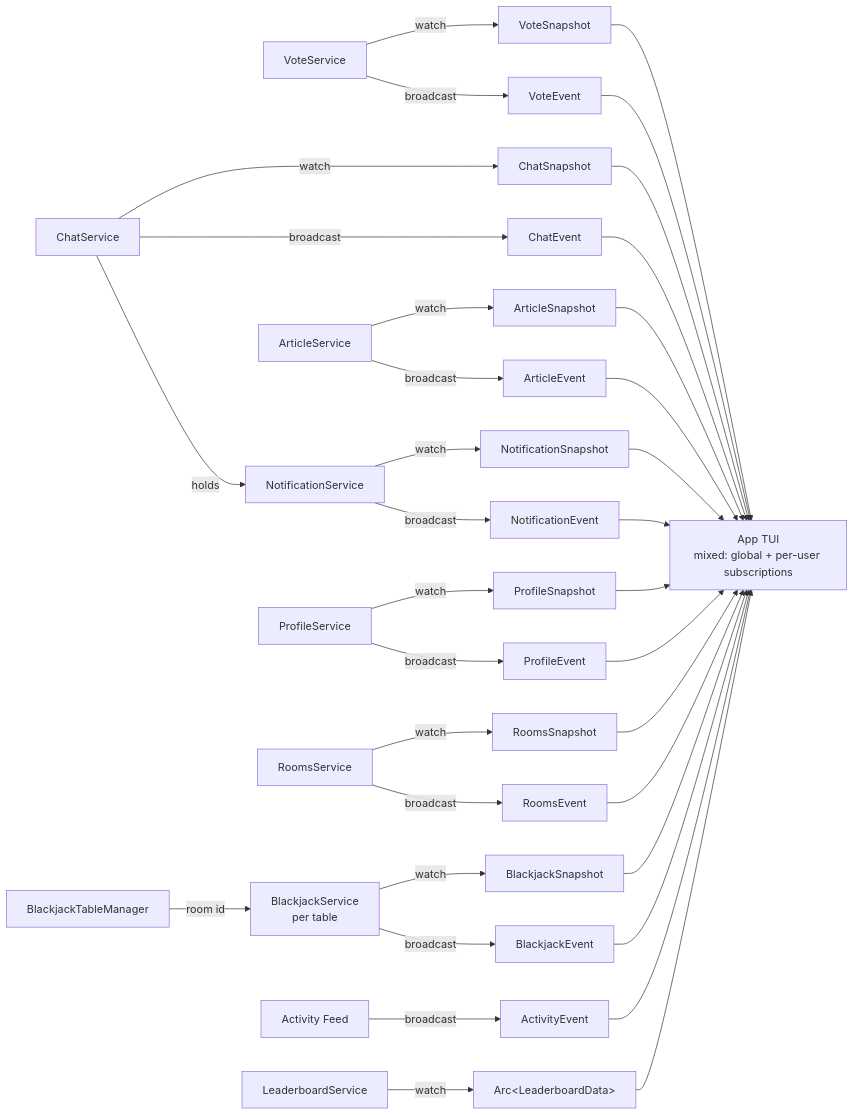
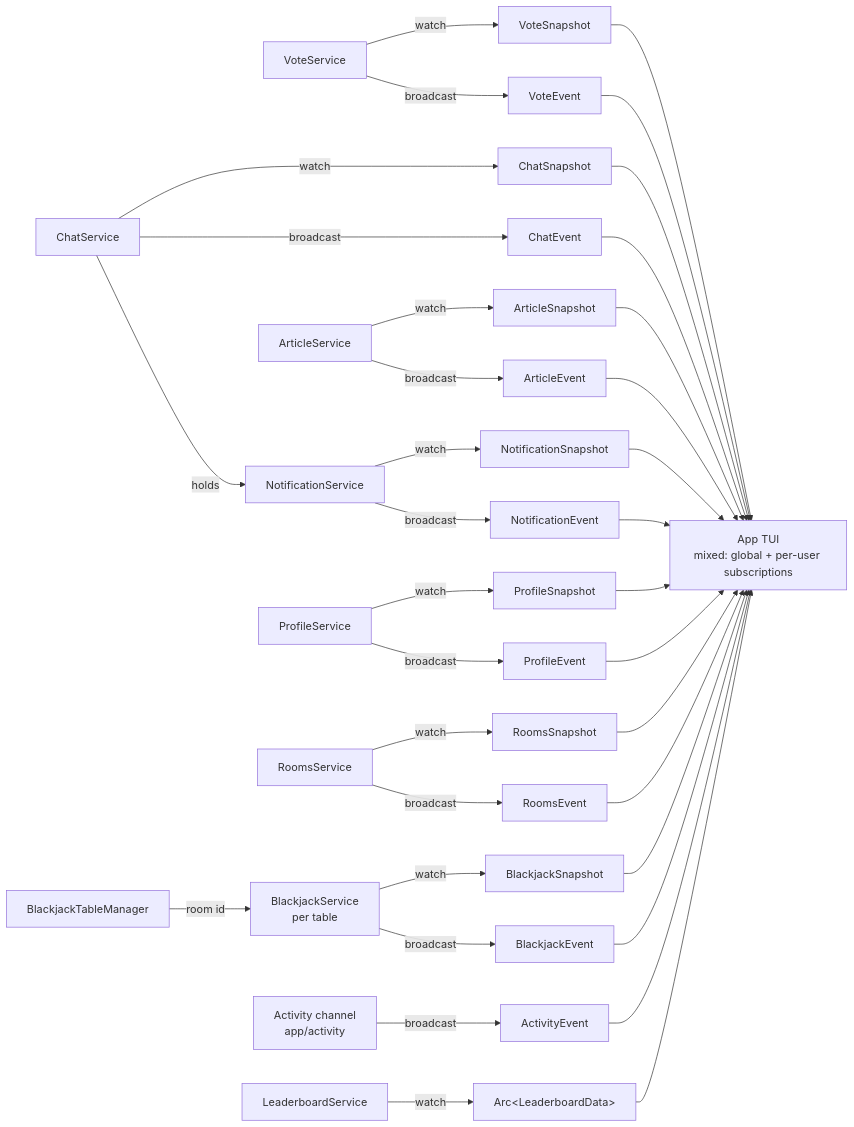
The fourth of 6 diagrams in CONTEXT.md (mpiorowski/late-sh), drawn with Mermaid before and after one commit. The commit also changed other lines of this file and 29 other files, not shown here.

````diff
--- a/CONTEXT.md
+++ b/CONTEXT.md
@@ -205,38 +205,38 @@
 ```mermaid
 flowchart LR
     VS["VoteService"] -->|"watch"| VSS["VoteSnapshot"]
     VS -->|"broadcast"| VSE["VoteEvent"]
     CS["ChatService"] -->|"watch"| CSS["ChatSnapshot"]
     CS -->|"broadcast"| CSE["ChatEvent"]
     AS["ArticleService"] -->|"watch"| ASS["ArticleSnapshot"]
     AS -->|"broadcast"| ASE["ArticleEvent"]
     NS["NotificationService"] -->|"watch"| NSS["NotificationSnapshot"]
     NS -->|"broadcast"| NSE["NotificationEvent"]
     CS -->|"holds"| NS
     PS["ProfileService"] -->|"watch"| PSS["ProfileSnapshot"]
     PS -->|"broadcast"| PSE["ProfileEvent"]
     RS["RoomsService"] -->|"watch"| RSS["RoomsSnapshot"]
     RS -->|"broadcast"| RSE["RoomsEvent"]
     BJM["BlackjackTableManager"] -->|"room id"| BJS["BlackjackService<br/>per table"]
     BJS -->|"watch"| BJSS["BlackjackSnapshot"]
     BJS -->|"broadcast"| BJSE["BlackjackEvent"]
-    AF["Activity Feed"] -->|"broadcast"| AFE["ActivityEvent"]
+    AF["Activity channel<br/>app/activity"] -->|"broadcast"| AFE["ActivityEvent"]
     LB["LeaderboardService"] -->|"watch"| LBS["Arc&lt;LeaderboardData&gt;"]
 
     VSS --> APP["App TUI<br/>mixed: global + per-user subscriptions"]
     VSE --> APP
     CSS --> APP
     CSE --> APP
     ASS --> APP
     ASE --> APP
     NSS --> APP
     NSE --> APP
     PSS --> APP
     PSE --> APP
     RSS --> APP
     RSE --> APP
     BJSS --> APP
     BJSE --> APP
     AFE --> APP
     LBS --> APP
 ```
````
